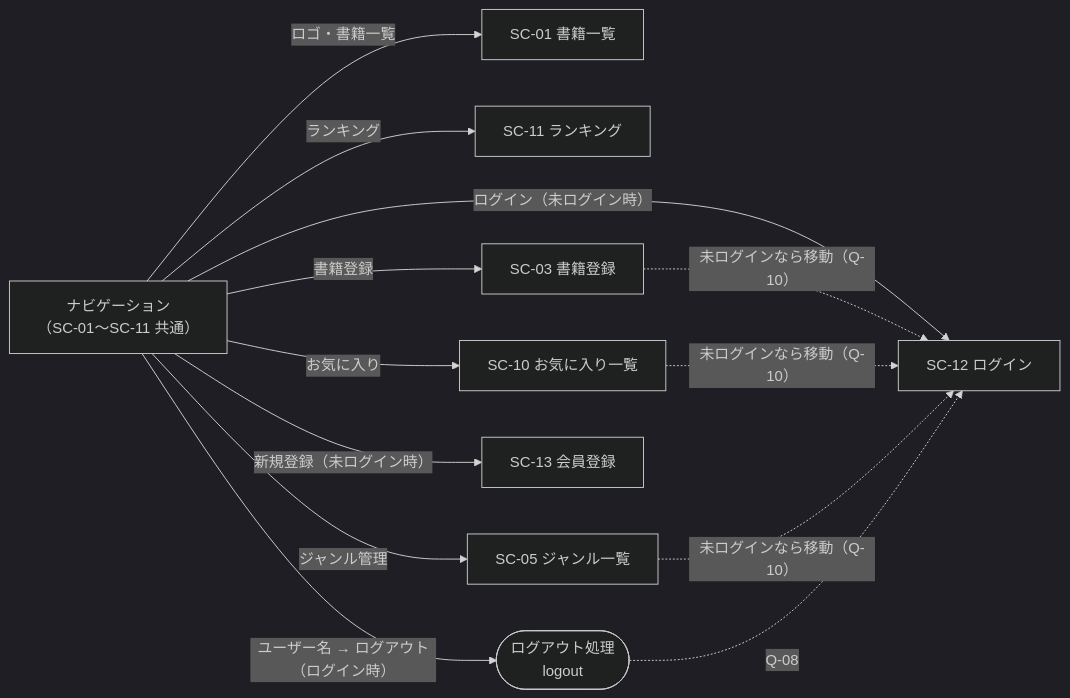
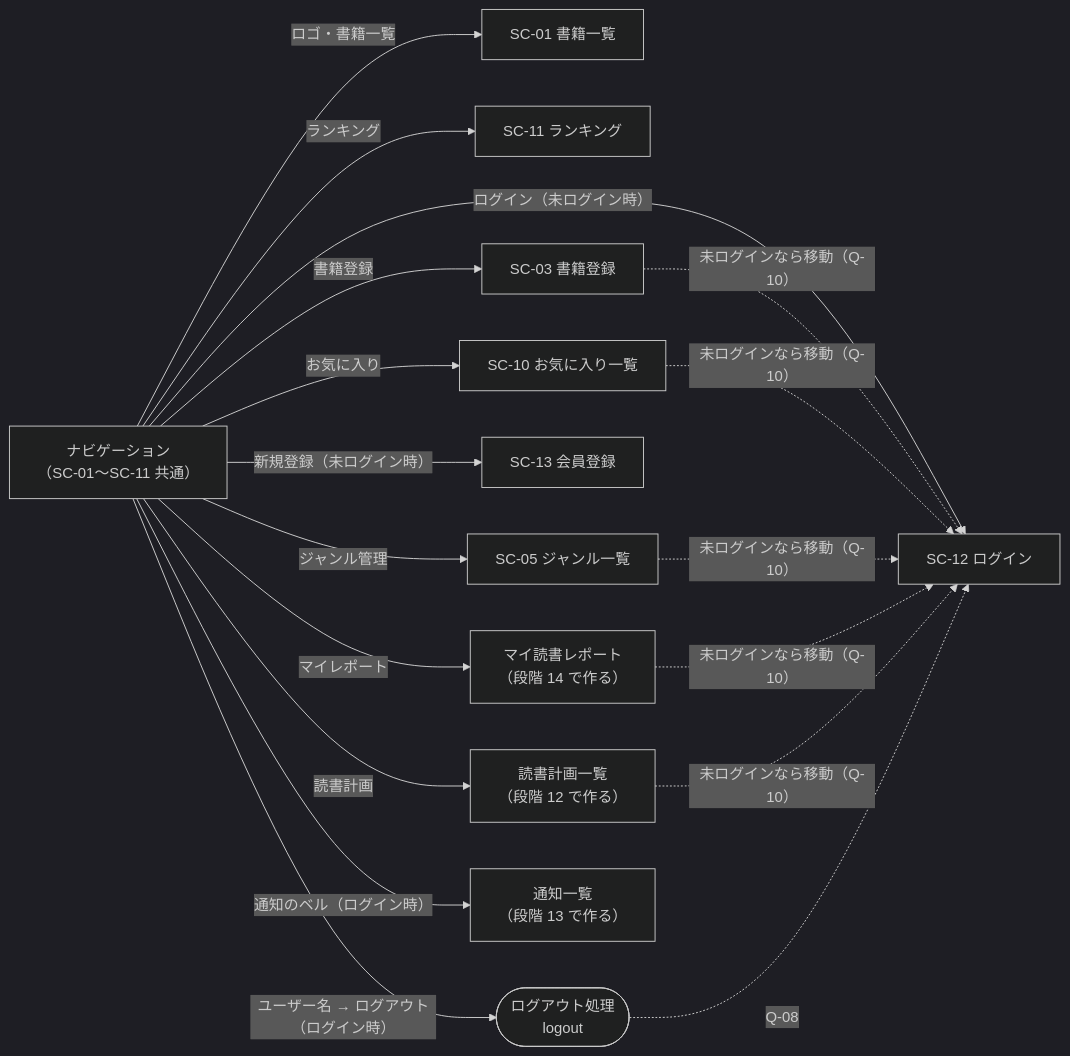
The first of 4 diagrams in docs/screen-transitions.md (miyori-knzk/bookshelf-app), drawn with Mermaid (dark theme) before and after one commit. The commit also changed other lines of this file and 32 other files, not shown here.

````diff
--- a/docs/screen-transitions.md
+++ b/docs/screen-transitions.md
@@ -23,25 +24,31 @@
 ```mermaid
 flowchart LR
     NAV["ナビゲーション<br>（SC-01〜SC-11 共通）"]
 
     SC01["SC-01 書籍一覧"]
     SC11["SC-11 ランキング"]
     SC03["SC-03 書籍登録"]
     SC10["SC-10 お気に入り一覧"]
     SC05["SC-05 ジャンル一覧"]
     SC12["SC-12 ログイン"]
     SC13["SC-13 会員登録"]
     LOGOUT(["ログアウト処理<br>logout"])
+    REPORT["マイ読書レポート<br>（段階 14 で作る）"]
+    PLAN["読書計画一覧<br>（段階 12 で作る）"]
+    NOTICE["通知一覧<br>（段階 13 で作る）"]
 
     NAV -->|"ロゴ・書籍一覧"| SC01
     NAV -->|"ランキング"| SC11
     NAV -->|"書籍登録"| SC03
     NAV -->|"お気に入り"| SC10
     NAV -->|"ジャンル管理"| SC05
+    NAV -->|"マイレポート"| REPORT
+    NAV -->|"読書計画"| PLAN
+    NAV -->|"通知のベル（ログイン時）"| NOTICE
     NAV -->|"ログイン（未ログイン時）"| SC12
     NAV -->|"新規登録（未ログイン時）"| SC13
     NAV -->|"ユーザー名 → ログアウト（ログイン時）"| LOGOUT
 
-    SC03 & SC10 & SC05 -.->|"未ログインなら移動（Q-10）"| SC12
+    SC03 & SC10 & SC05 & REPORT & PLAN -.->|"未ログインなら移動（Q-10）"| SC12
     LOGOUT -.->|"Q-08"| SC12
 ```
````
